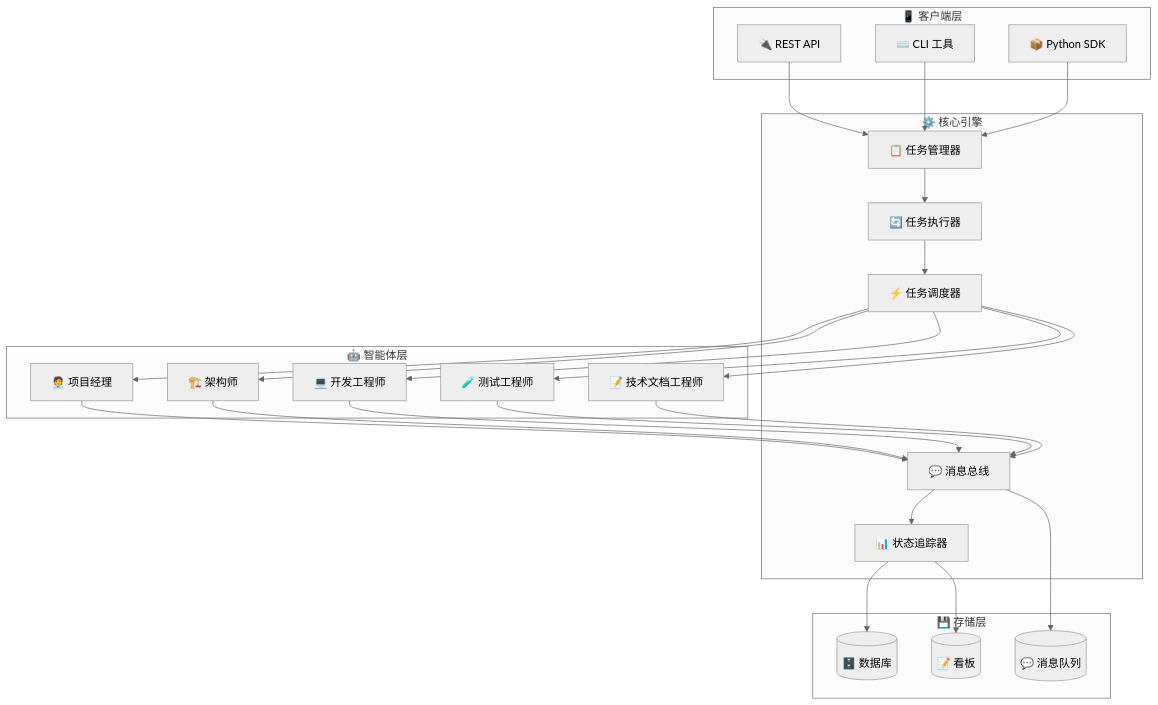
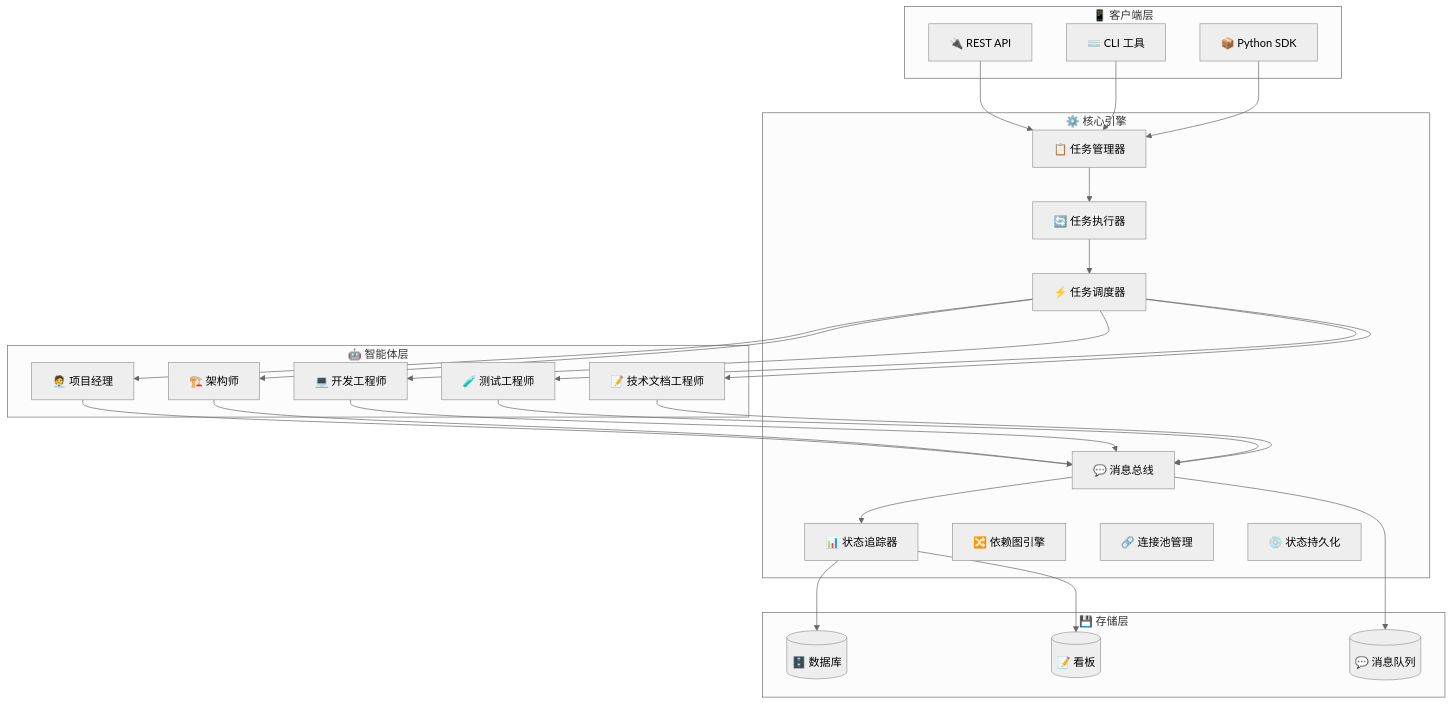
One commit to none-ai/AgentCrew changed the second of 4 diagrams in README.md. Above: the diagram before and after it, drawn with Mermaid (neutral theme). The commit also changed other lines of this file and 5 other files, not shown here.

First line of the commit message:
feat: 添加任务依赖图、连接池和状态持久化模块

````diff
--- a/README.md
+++ b/README.md
@@ -156,50 +159,53 @@
 ```mermaid
 graph TB
     subgraph Client["📱 客户端层"]
         API[🔌 REST API]
         CLI[⌨️ CLI 工具]
         SDK[📦 Python SDK]
     end
     
     subgraph Core["⚙️ 核心引擎"]
         TM[📋 任务管理器]
         TE[🔄 任务执行器]
         TS[⚡ 任务调度器]
         MB[💬 消息总线]
         ST[📊 状态追踪器]
+        DG[🔀 依赖图引擎]
+        CP[🔗 连接池管理]
+        PS[💿 状态持久化]
     end
     
     subgraph Agents["🤖 智能体层"]
         PM[🧑‍💼 项目经理]
         ARCH[🏗️ 架构师]
         DEV[💻 开发工程师]
         QA[🧪 测试工程师]
         TW[📝 技术文档工程师]
     end
     
     subgraph Storage["💾 存储层"]
         DB[(🗄️ 数据库)]
         KC[(📝 看板)]
         CM[(💬 消息队列)]
     end
     
     API --> TM
     CLI --> TM
     SDK --> TM
     TM --> TE
     TE --> TS
     TS --> PM
     TS --> ARCH
     TS --> DEV
     TS --> QA
     TS --> TW
     PM --> MB
     ARCH --> MB
     DEV --> MB
     QA --> MB
     TW --> MB
     MB --> ST
     ST --> DB
     ST --> KC
     MB --> CM
 ```
````
